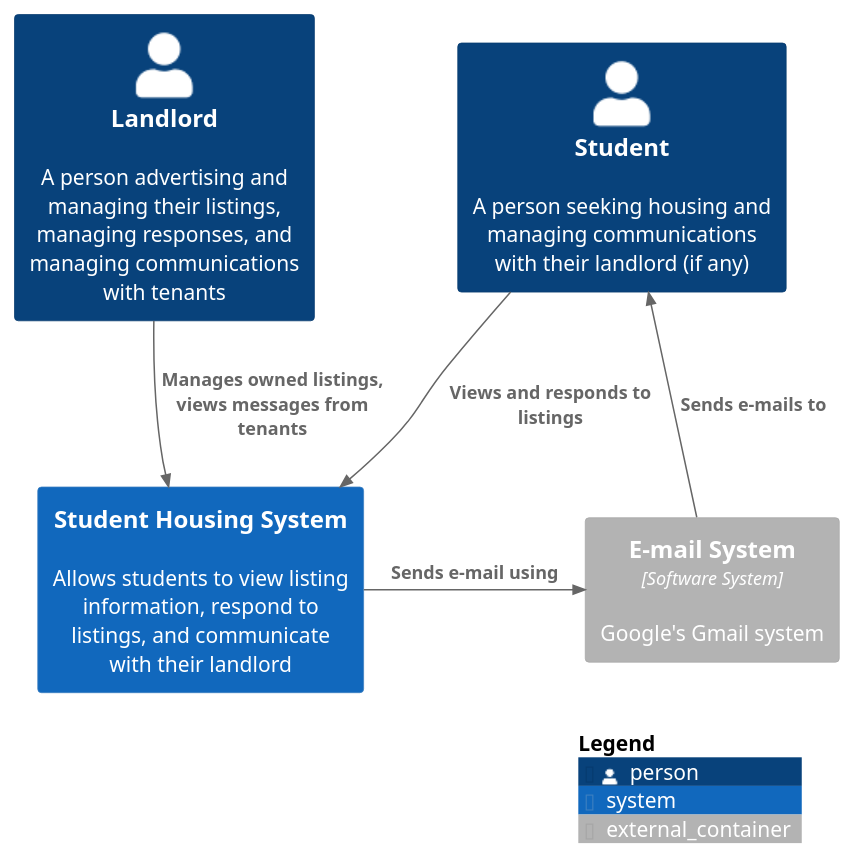
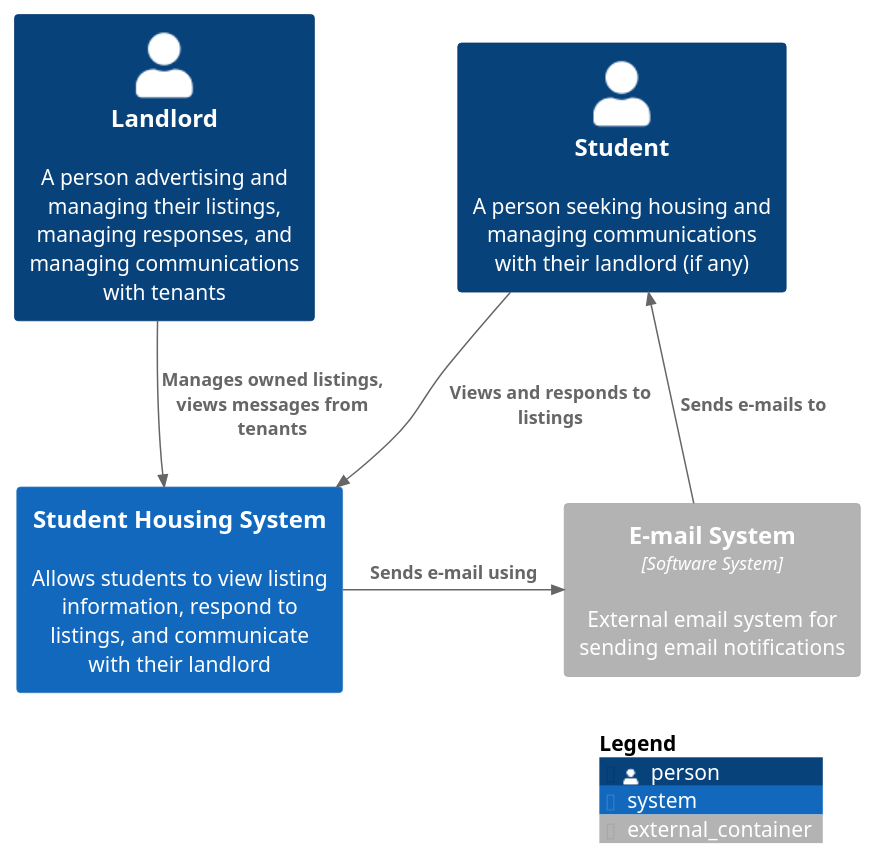
The diagram in docs/uml-diagrams/c1-diagram.puml (lex-kort/s3-roomies-backend), drawn with PlantUML before and after one commit. The commit also changed 2 other files, not shown here.

Commit message:
Update C4 diagrams

```diff
--- a/docs/uml-diagrams/c1-diagram.puml
+++ b/docs/uml-diagrams/c1-diagram.puml
@@ -1,17 +1,17 @@
 @startuml "C1 Diagram"
 !include https://raw.githubusercontent.com/plantuml-stdlib/C4-PlantUML/master/C4_Container.puml
 
 Person(student, "Student", "A person seeking housing and managing communications with their landlord (if any)")
 Person(landlord, "Landlord", "A person advertising and managing their listings, managing responses, and managing communications with tenants")
 
 System(web_app, "Student Housing System", "Allows students to view listing information, respond to listings, and communicate with their landlord")
-Container_Ext(mail_serv, "E-mail System", "Software System", "Google's Gmail system")
+Container_Ext(mail_serv, "E-mail System", "Software System", "External email system for sending email notifications")
 
 Rel(student, web_app, "Views and responds to listings")
 Rel(landlord, web_app, "Manages owned listings, views messages from tenants")
 
 Rel_R(web_app, mail_serv, "Sends e-mail using")
 Rel_U(mail_serv, student, "Sends e-mails to")
 
 SHOW_LEGEND()
 @enduml
```
